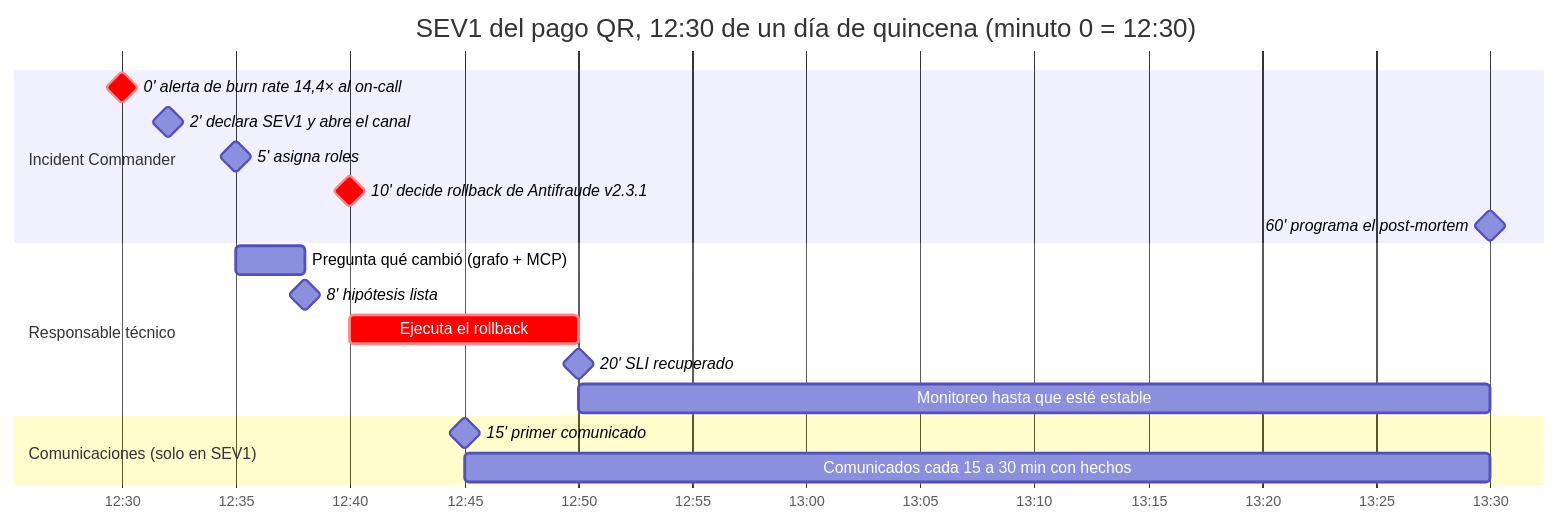
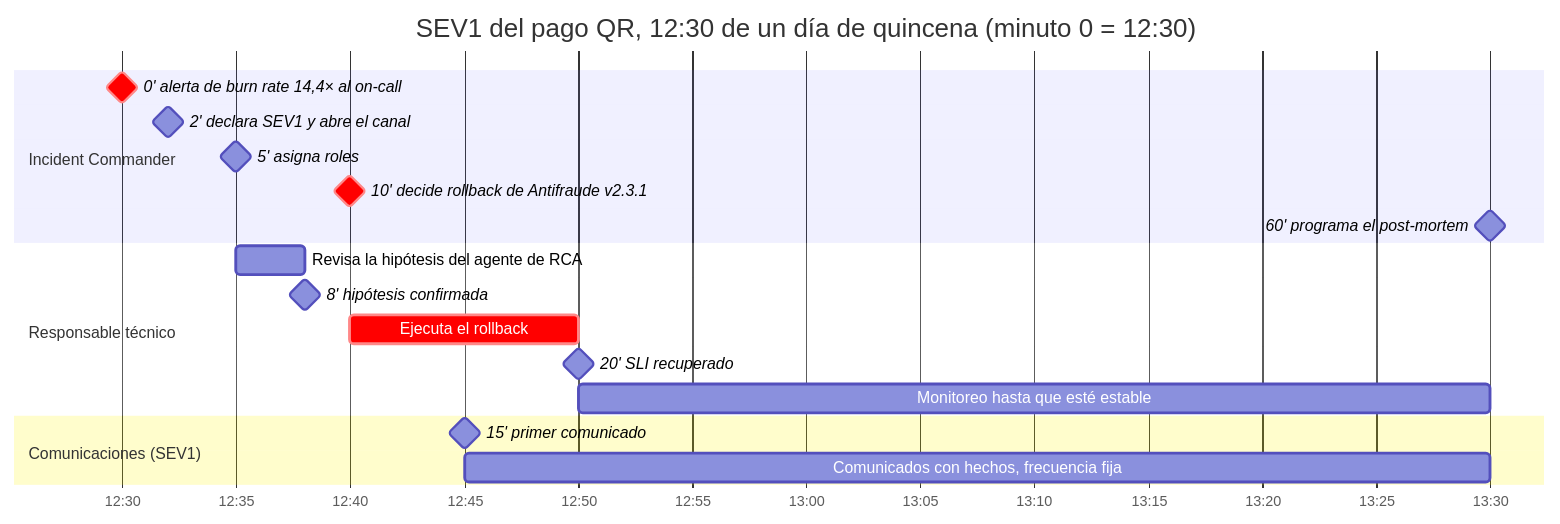
One commit to locosebas/necesidadesYGrafos changed diagram 11 of 12 in devops-senior/temas/25-davivienda-sre-observabilidad/presentacion-libreto.md. Above: the diagram before and after it, drawn with Mermaid. The commit also changed other lines of this file, not shown here.

Commit message:
Reescribir el libreto (versión 2) con las decisiones revisadas del análisis de alternativas

````diff
--- a/devops-senior/temas/25-davivienda-sre-observabilidad/presentacion-libreto.md
+++ b/devops-senior/temas/25-davivienda-sre-observabilidad/presentacion-libreto.md
@@ -723,25 +774,24 @@
 ```mermaid
 gantt
     title SEV1 del pago QR, 12:30 de un día de quincena (minuto 0 = 12:30)
     dateFormat HH:mm
     axisFormat %H:%M
 
     section Incident Commander
-    0' alerta de burn rate 14,4× al on-call   :crit, milestone, m0, 12:30, 0m
+    0' alerta de burn rate 14,4× al on-call      :crit, milestone, m0, 12:30, 0m
     2' declara SEV1 y abre el canal              :milestone, m1, 12:32, 0m
     5' asigna roles                              :milestone, m2, 12:35, 0m
     10' decide rollback de Antifraude v2.3.1     :crit, milestone, m3, 12:40, 0m
     60' programa el post-mortem                  :milestone, m4, 13:30, 0m
 
     section Responsable técnico
-    Pregunta qué cambió (grafo + MCP)            :ops1, 12:35, 3m
-    8' hipótesis lista                           :milestone, m5, 12:38, 0m
+    Revisa la hipótesis del agente de RCA        :ops1, 12:35, 3m
+    8' hipótesis confirmada                      :milestone, m5, 12:38, 0m
     Ejecuta el rollback                          :crit, ops2, 12:40, 10m
     20' SLI recuperado                           :milestone, m6, 12:50, 0m
     Monitoreo hasta que esté estable             :ops3, 12:50, 40m
 
-    section Comunicaciones (solo en SEV1)
+    section Comunicaciones (SEV1)
     15' primer comunicado                        :milestone, m7, 12:45, 0m
-    Comunicados cada 15 a 30 min con hechos      :com1, 12:45, 45m
-
+    Comunicados con hechos, frecuencia fija      :com1, 12:45, 45m
 ```
````
